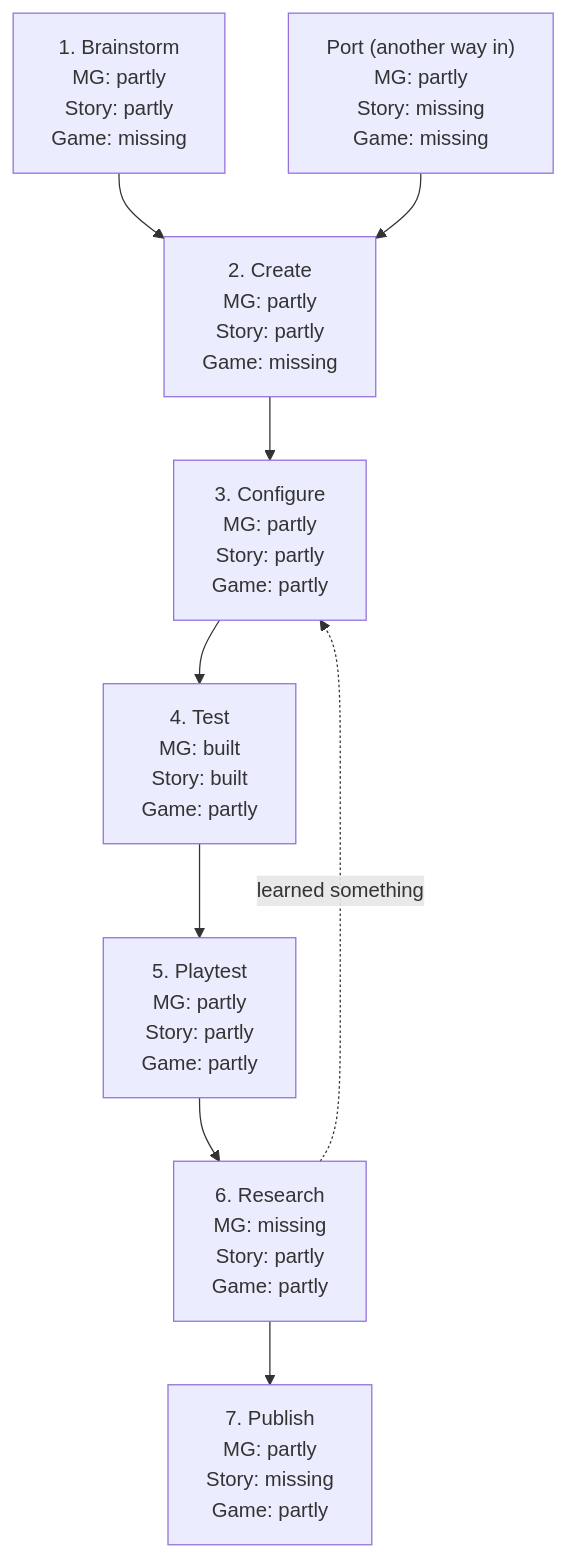
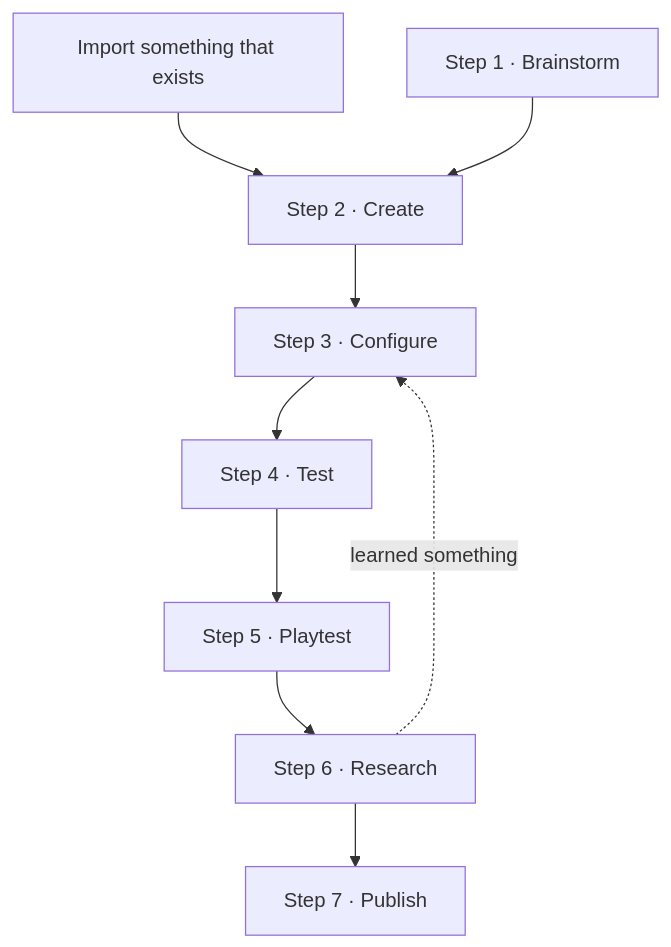
Before and after one commit to nickejanssen/arcwright: the diagram in docs/design/tooling/game-toolkit-proposal.md, drawn with Mermaid. The commit also changed other lines of this file and 7 other files, not shown here.

````diff
--- a/docs/design/tooling/game-toolkit-proposal.md
+++ b/docs/design/tooling/game-toolkit-proposal.md
@@ -35,15 +87,11 @@
 ```mermaid
 flowchart TD
-    B["1. Brainstorm<br/>MG: partly<br/>Story: partly<br/>Game: missing"]
-    C["2. Create<br/>MG: partly<br/>Story: partly<br/>Game: missing"]
-    P["Port (another way in)<br/>MG: partly<br/>Story: missing<br/>Game: missing"]
-    F["3. Configure<br/>MG: partly<br/>Story: partly<br/>Game: partly"]
-    T["4. Test<br/>MG: built<br/>Story: built<br/>Game: partly"]
-    Y["5. Playtest<br/>MG: partly<br/>Story: partly<br/>Game: partly"]
-    R["6. Research<br/>MG: missing<br/>Story: partly<br/>Game: partly"]
-    U["7. Publish<br/>MG: partly<br/>Story: missing<br/>Game: partly"]
-    B --> C
-    P --> C
-    C --> F --> T --> Y --> R --> U
+    I["Import something that exists"] --> C
+    B["Step 1 · Brainstorm"] --> C["Step 2 · Create"]
+    C --> F["Step 3 · Configure"]
+    F --> T["Step 4 · Test"]
+    T --> Y["Step 5 · Playtest"]
+    Y --> R["Step 6 · Research"]
+    R --> U["Step 7 · Publish"]
     R -. "learned something" .-> F
 ```
````
